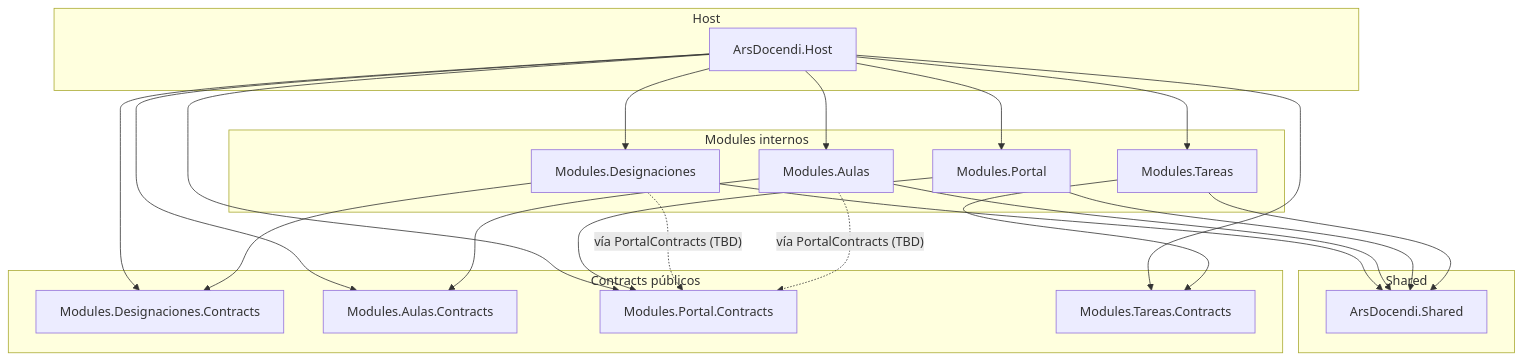
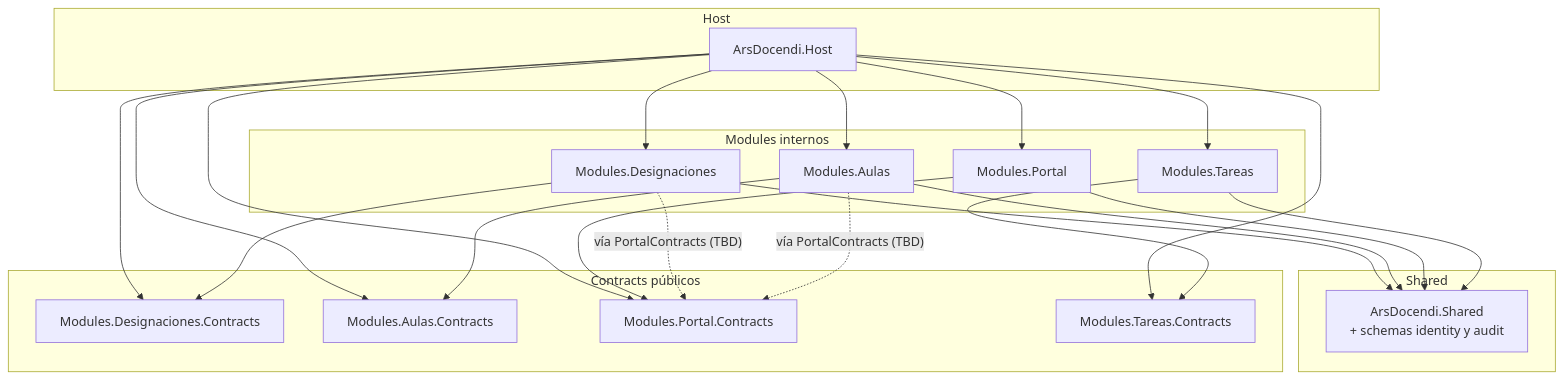
The diagram in docs/architecture/dependency-graph.md (Ars-Docendi/ars-docendi), drawn with Mermaid before and after one commit. The commit also changed other lines of this file and 49 other files, not shown here.

````diff
--- a/docs/architecture/dependency-graph.md
+++ b/docs/architecture/dependency-graph.md
@@ -7,43 +9,43 @@
 ```mermaid
 flowchart TD
   subgraph host [Host]
     Host["ArsDocendi.Host"]
   end
   subgraph shared [Shared]
-    Shared["ArsDocendi.Shared"]
+    Shared["ArsDocendi.Shared<br/>+ schemas identity y audit"]
   end
   subgraph contracts [Contracts públicos]
     DesignacionesContracts["Modules.Designaciones.Contracts"]
     AulasContracts["Modules.Aulas.Contracts"]
     PortalContracts["Modules.Portal.Contracts"]
     TareasContracts["Modules.Tareas.Contracts"]
   end
   subgraph modules [Modules internos]
     Designaciones["Modules.Designaciones"]
     Aulas["Modules.Aulas"]
     Portal["Modules.Portal"]
     Tareas["Modules.Tareas"]
   end
 
   Host --> Designaciones
   Host --> Aulas
   Host --> Portal
   Host --> Tareas
   Host --> DesignacionesContracts
   Host --> AulasContracts
   Host --> PortalContracts
   Host --> TareasContracts
 
   Designaciones --> Shared
   Aulas --> Shared
   Portal --> Shared
   Tareas --> Shared
 
   Designaciones --> DesignacionesContracts
   Aulas --> AulasContracts
   Portal --> PortalContracts
   Tareas --> TareasContracts
 
   Designaciones -.->|"vía PortalContracts (TBD)"| PortalContracts
   Aulas -.->|"vía PortalContracts (TBD)"| PortalContracts
 ```
````
